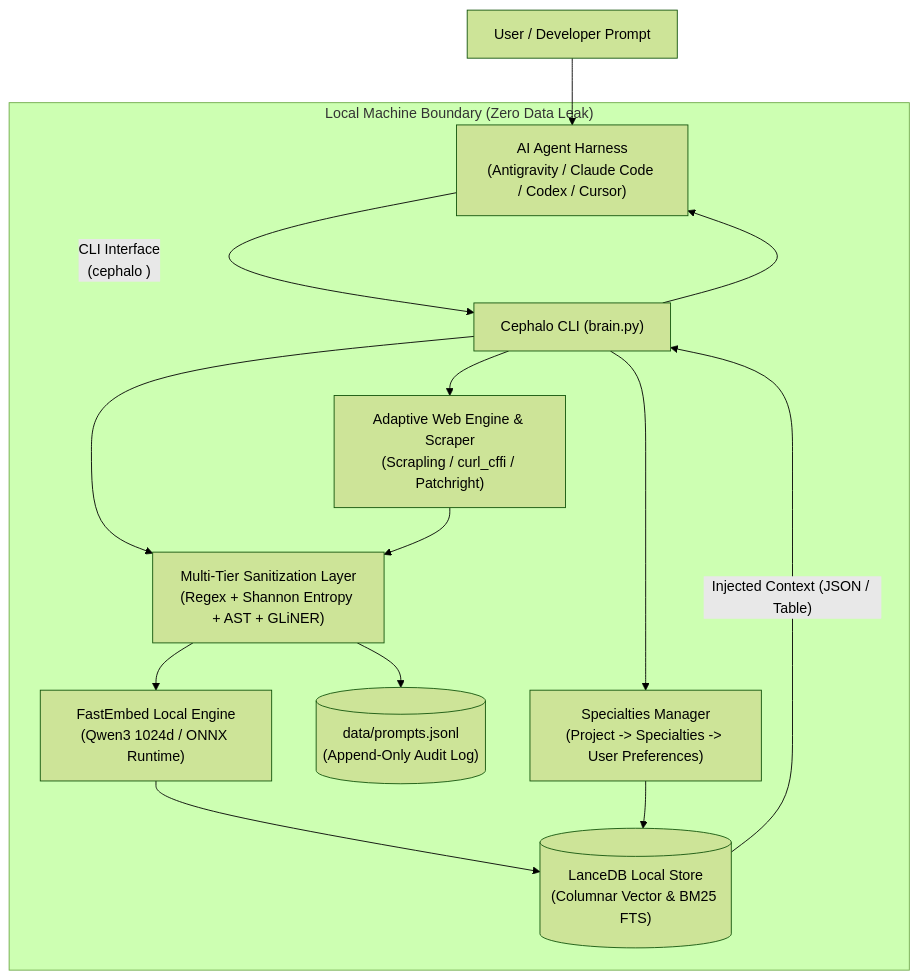
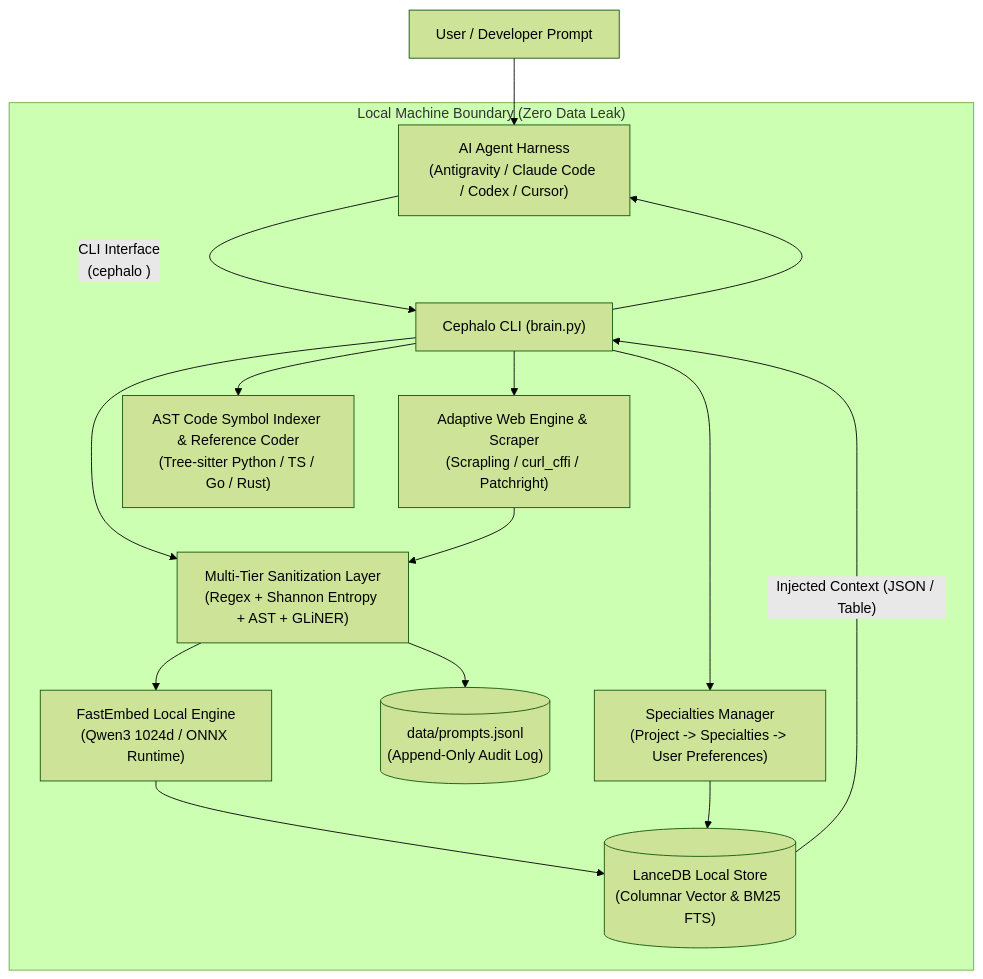
One commit to LaptopKing/Cephalo changed the second of 2 diagrams in README.md. Above: the diagram before and after it, drawn with Mermaid (forest theme). The commit also changed other lines of this file and 3 other files, not shown here.

````diff
--- a/README.md
+++ b/README.md
@@ -258,23 +279,25 @@
 ```mermaid
 flowchart TD
     User["User / Developer Prompt"] --> Agent["AI Agent Harness\n(Antigravity / Claude Code / Codex / Cursor)"]
     
     subgraph LocalSystem ["Local Machine Boundary (Zero Data Leak)"]
         Agent -->|"CLI Interface\n(cephalo <command>)"| CLI["Cephalo CLI (brain.py)"]
         
         CLI --> Sanitizer["Multi-Tier Sanitization Layer\n(Regex + Shannon Entropy + AST + GLiNER)"]
         
         Sanitizer --> FastEmbed["FastEmbed Local Engine\n(Qwen3 1024d / ONNX Runtime)"]
         Sanitizer --> PromptsLog[("data/prompts.jsonl\n(Append-Only Audit Log)")]
         
         FastEmbed --> LanceDB[("LanceDB Local Store\n(Columnar Vector & BM25 FTS)")]
         
         CLI --> WebCrawler["Adaptive Web Engine & Scraper\n(Scrapling / curl_cffi / Patchright)"]
         WebCrawler --> Sanitizer
         
         CLI --> Specialties["Specialties Manager\n(Project -> Specialties -> User Preferences)"]
         Specialties --> LanceDB
+
+        CLI --> ASTIndexer["AST Code Symbol Indexer & Reference Coder\n(Tree-sitter Python / TS / Go / Rust)"]
     end
     
     LanceDB -->|"Injected Context (JSON / Table)"| CLI --> Agent
 ```
````
